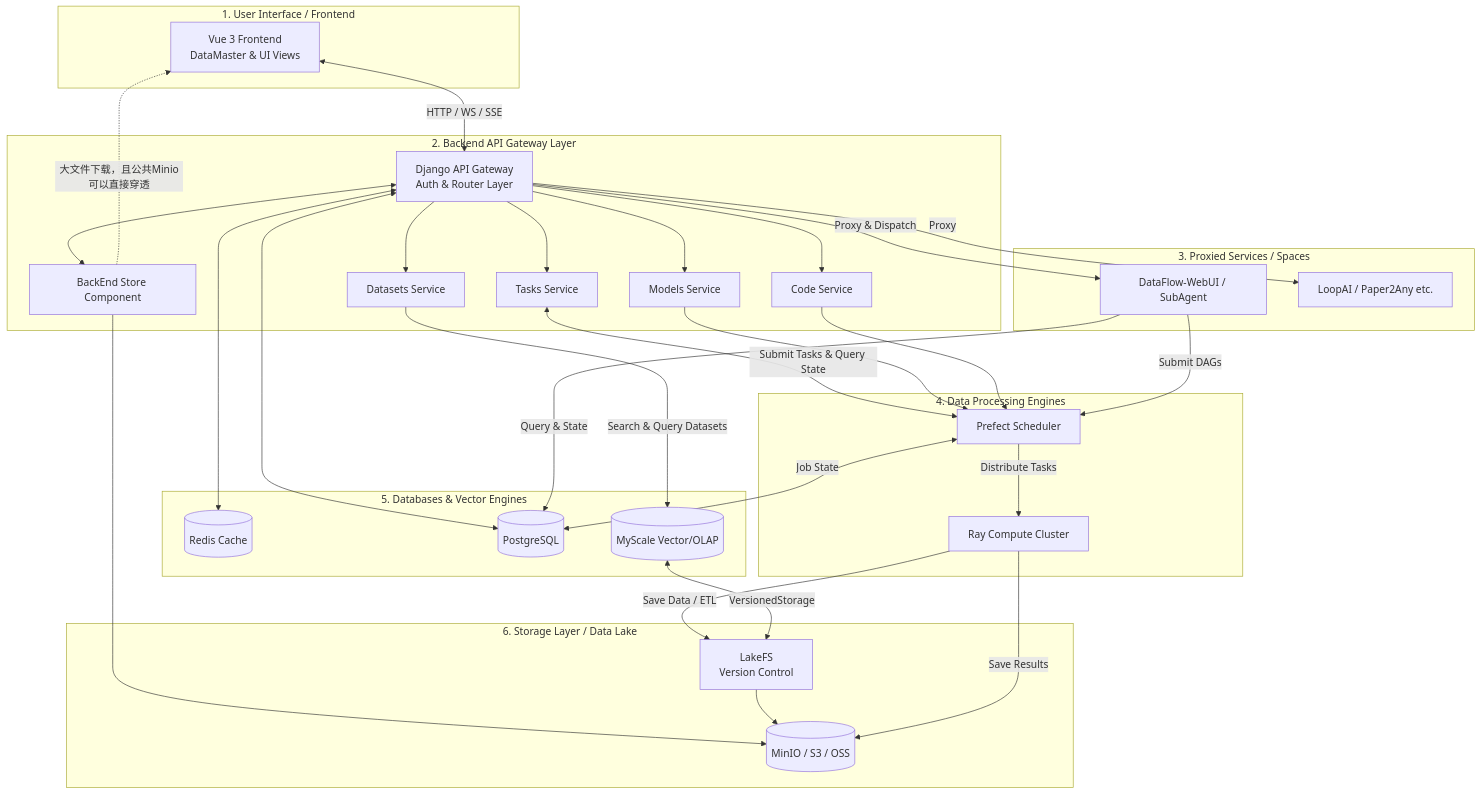
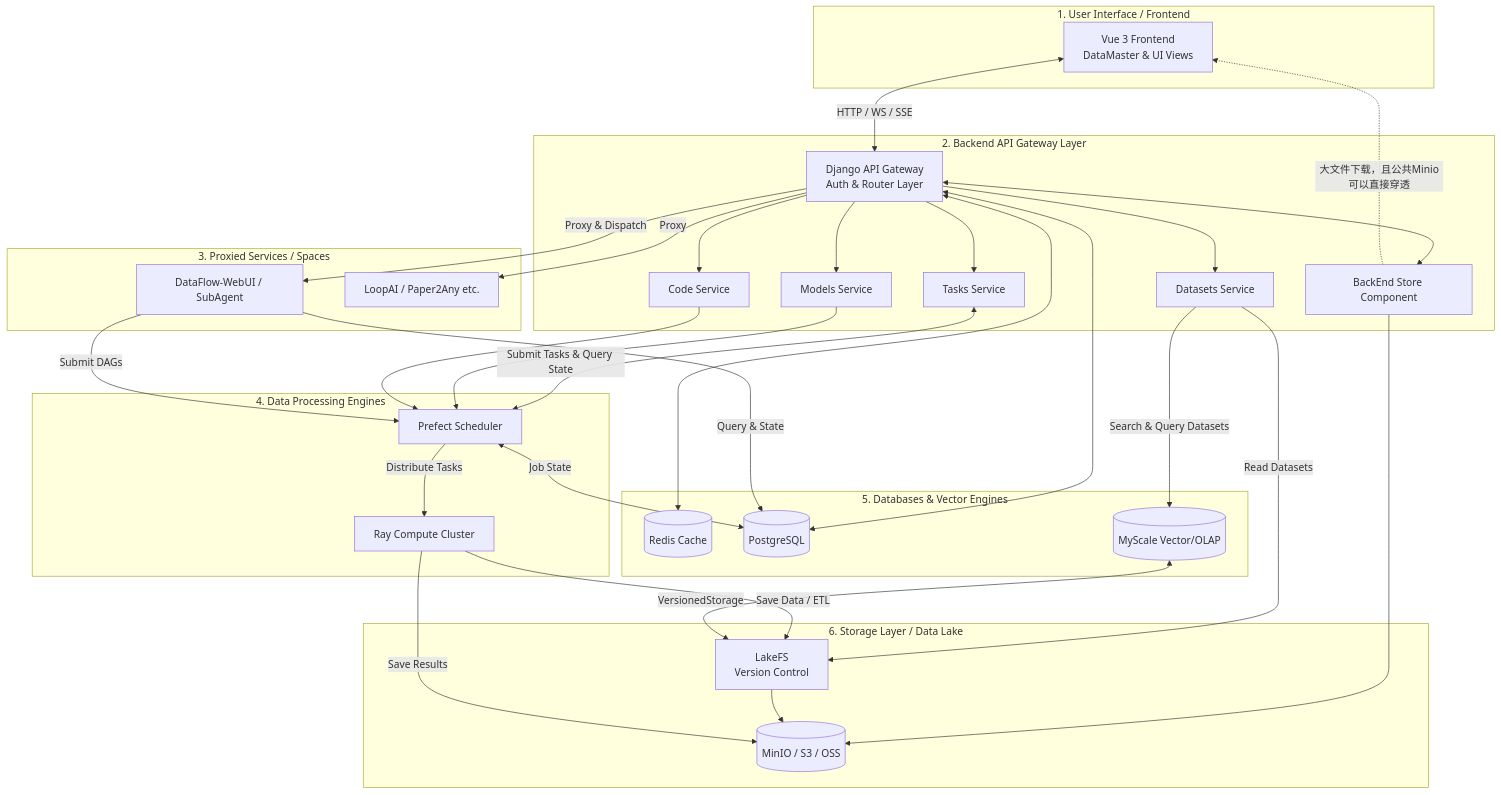
The diagram in docs/overall_system_architecture.md (OriginHubAI/dcai-demo-platform), drawn with Mermaid before and after one commit.

Commit message:
update arch diagram

````diff
--- a/docs/overall_system_architecture.md
+++ b/docs/overall_system_architecture.md
@@ -61,71 +61,72 @@
 ```mermaid
 graph TD
     subgraph FrontendLayer [1. User Interface / Frontend]
         Frontend[Vue 3 Frontend<br>DataMaster & UI Views]
     end
 
     subgraph GatewayLayer [2. Backend API Gateway Layer]
         BackEnd[Django API Gateway<br>Auth & Router Layer]
         BackendDatasets[Datasets Service]
         BackendTasks[Tasks Service]
         BackendModels[Models Service]
         BackendCode[Code Service]
         BackEndStore[BackEnd Store Component]
     end
 
     subgraph AppsLayer [3. Proxied Services / Spaces]
         DataFlowWeb[DataFlow-WebUI / SubAgent]
         OtherApps[LoopAI / Paper2Any etc.]
     end
 
     subgraph DataProcessLayer [4. Data Processing Engines]
         Prefect[Prefect Scheduler]
         Ray[Ray Compute Cluster]
     end
 
     subgraph DatabaseLayer [5. Databases & Vector Engines]
         Redis[(Redis Cache)]
         PostgreSQL[(PostgreSQL)]
         MyScale[(MyScale Vector/OLAP)]
     end
 
     subgraph StorageLayer [6. Storage Layer / Data Lake]
         LakeFS[LakeFS<br>Version Control]
         MinIO[(MinIO / S3 / OSS)]
     end
 
     %% Relationships
     Frontend <-->|HTTP / WS / SSE| BackEnd
     BackEndStore -.->|大文件下载，且公共Minio可以直接穿透| Frontend
     
     BackEnd -->|Proxy & Dispatch| DataFlowWeb
     BackEnd -->|Proxy| OtherApps
     
     BackEnd <--> Redis
     BackEnd <--> PostgreSQL
     BackEnd <--> BackEndStore
     
     BackEnd --> BackendDatasets
     BackEnd --> BackendTasks
     BackEnd --> BackendModels
     BackEnd --> BackendCode
     
     BackendDatasets -->|Search & Query Datasets| MyScale
+    BackendDatasets -->|Read Datasets          | LakeFS
     
     BackendTasks <-->|Submit Tasks & Query State| Prefect
     BackendModels --> Prefect
     BackendCode --> Prefect
     
     BackEndStore --> MinIO
     
     DataFlowWeb -->|Query & State| PostgreSQL
     DataFlowWeb -->|Submit DAGs| Prefect
     Prefect <-->|Job State| PostgreSQL
     Prefect -->|Distribute Tasks| Ray
     
     Ray -->|Save Data / ETL| LakeFS
     LakeFS --> MinIO
     Ray -->|Save Results| MinIO
     
     MyScale <-->|VersionedStorage| LakeFS
 ```
````
